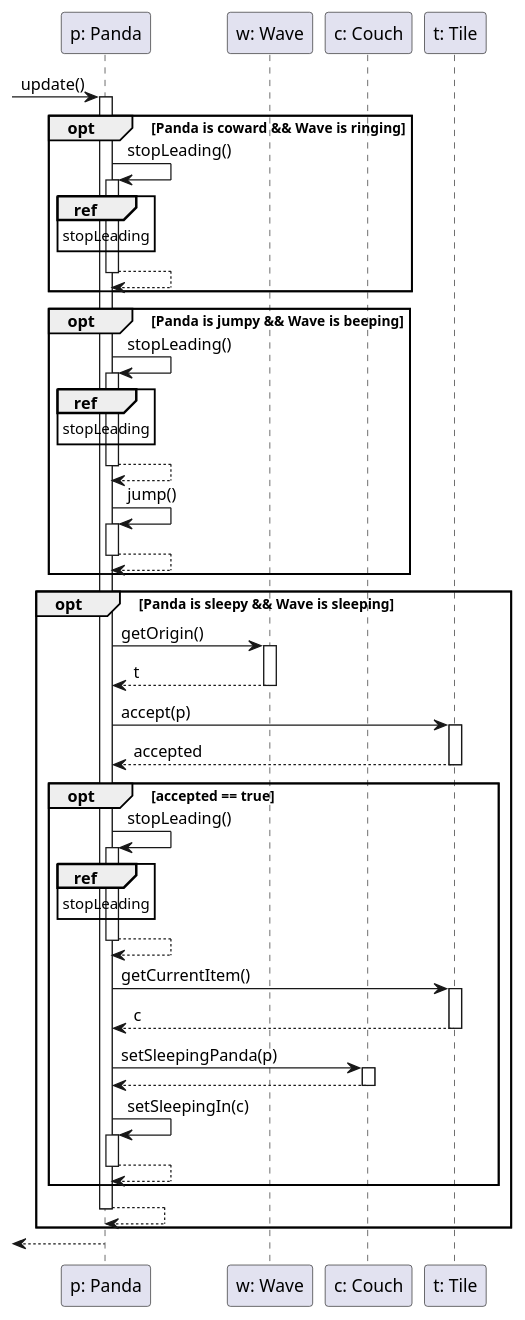
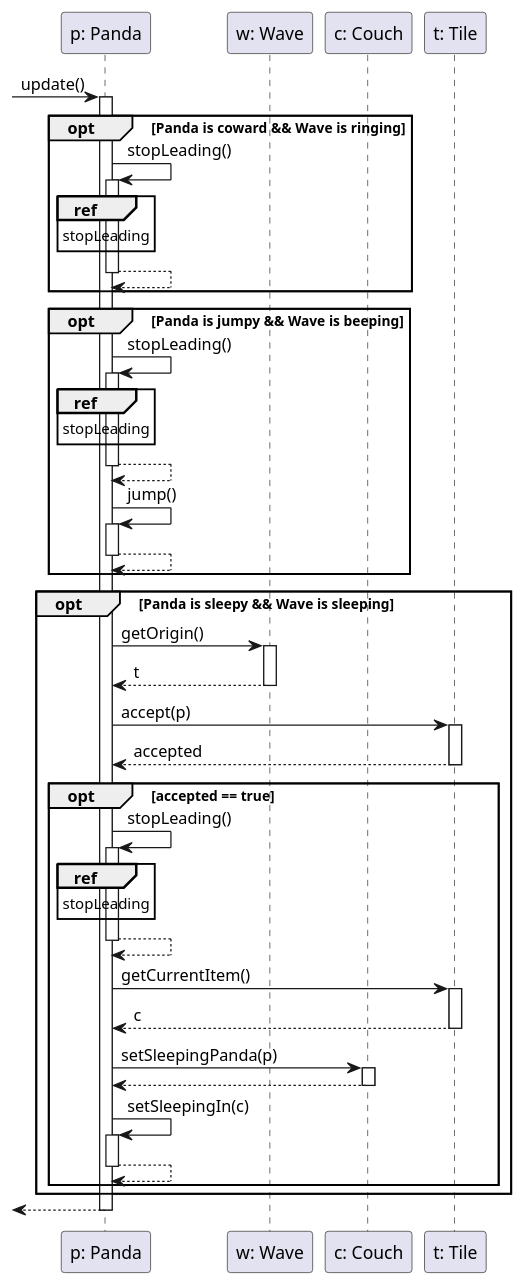
The diagram in 3-analysis-modell/java/src/main/plantuml/SequenceDiagram_Panda_reactToWave.puml (bokovhu/software-project-laboratory-assignment), drawn with PlantUML before and after one commit. The commit also changed 3 other files, not shown here.

Commit message:
Fix diagrams

```diff
--- a/3-analysis-modell/java/src/main/plantuml/SequenceDiagram_Panda_reactToWave.puml
+++ b/3-analysis-modell/java/src/main/plantuml/SequenceDiagram_Panda_reactToWave.puml
@@ -1,50 +1,49 @@
 @startuml
 
 skinparam classAttributeIconSize 0
 skinparam guillemet false
 
 participant "p: Panda" as p
 participant "w: Wave" as w
 participant "c: Couch" as c
 participant "t: Tile" as t
 
 [-> p: update()
 activate p
 
 opt Panda is coward && Wave is ringing
 p -> p ++ : stopLeading()
 ref over p : stopLeading
 p --> p --
 end
 
 opt Panda is jumpy && Wave is beeping
 p -> p ++ : stopLeading()
 ref over p : stopLeading
 p --> p --
 p -> p ++ : jump()
 p --> p --
 end
 
 opt Panda is sleepy && Wave is sleeping
-p -> w ++ : getOrigin()
-w --> p -- : t
-p -> t ++ : accept(p)
-t --> p -- : accepted
-    opt accepted == true
-    p -> p ++ : stopLeading()
-    ref over p : stopLeading
-    p --> p --
-    p -> t ++ : getCurrentItem()
-    t --> p -- : c
-    p -> c ++ : setSleepingPanda(p)
-    c --> p --
-    p -> p ++ : setSleepingIn(c)
-    p --> p --
-    end
-p --> p --
+    p -> w ++ : getOrigin()
+    w --> p -- : t
+    p -> t ++ : accept(p)
+    t --> p -- : accepted
+        opt accepted == true
+        p -> p ++ : stopLeading()
+        ref over p : stopLeading
+        p --> p --
+        p -> t ++ : getCurrentItem()
+        t --> p -- : c
+        p -> c ++ : setSleepingPanda(p)
+        c --> p --
+        p -> p ++ : setSleepingIn(c)
+        p --> p --
+        end
 end
 
 [<-- p
 deactivate p
 
 @enduml
```
